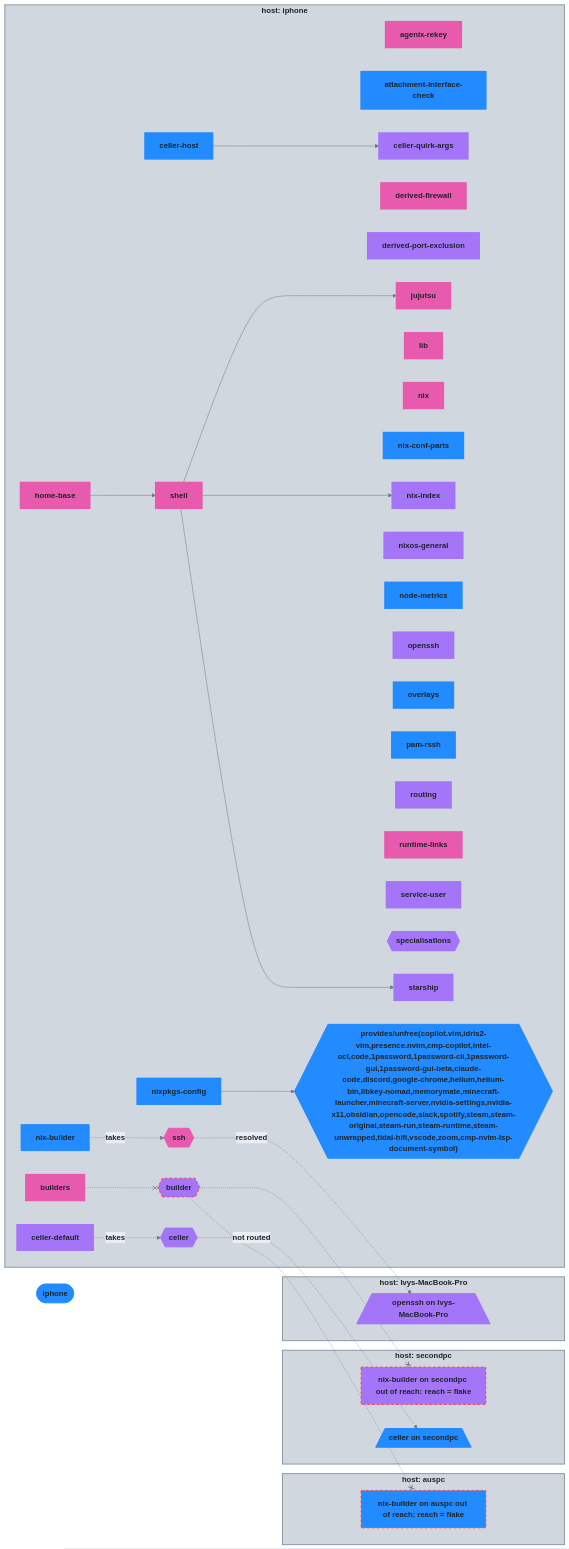
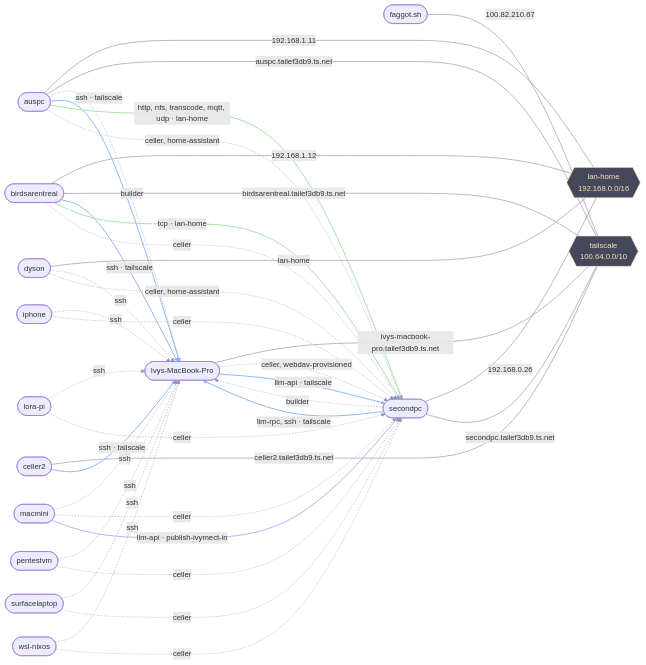
Before and after one commit to auscyber/dotfiles: the first of 13 diagrams in README.md, drawn with Mermaid. The commit also changed other lines of this file and 25 other files, not shown here.

Commit message:
services as den entities; exposure/discoverable; shallow README graphs + network overview

````diff
--- a/README.md
+++ b/README.md
@@ -1803,107 +25,93 @@
 ```mermaid
-%%{init: {"theme":"base","themeVariables":{"activationBkgColor":"#d0d7de","activationBorderColor":"#8c959f","actorBkg":"#d0d7de","actorBorder":"#6e7781","actorLineColor":"#6e7781","actorTextColor":"#424a53","background":"#eaeef2","classText":"#424a53","clusterBkg":"#d0d7de","clusterBorder":"#8c959f","edgeLabelBackground":"#eaeef2","labelBoxBkgColor":"#d0d7de","labelBoxBorderColor":"#6e7781","labelTextColor":"#424a53","lineColor":"#6e7781","loopTextColor":"#424a53","mainBkg":"#d0d7de","nodeBkg":"#d0d7de","nodeBorder":"#6e7781","nodeTextColor":"#424a53","noteBkgColor":"#d0d7de","noteBorderColor":"#8c959f","noteTextColor":"#424a53","pie1":"#fa4549","pie2":"#e16f24","pie3":"#bf8700","pie4":"#2da44e","pie5":"#339D9B","pie6":"#218bff","pie7":"#a475f9","pie8":"#e85aad","pieLegendTextColor":"#424a53","pieOuterStrokeColor":"#8c959f","pieSectionTextColor":"#424a53","pieStrokeColor":"#8c959f","pieTitleTextColor":"#424a53","primaryBorderColor":"#6e7781","primaryColor":"#d0d7de","primaryTextColor":"#424a53","secondBkg":"#d0d7de","secondaryBorderColor":"#8c959f","secondaryColor":"#d0d7de","secondaryTextColor":"#424a53","sequenceNumberColor":"#eaeef2","signalColor":"#6e7781","signalTextColor":"#424a53","tertiaryBorderColor":"#8c959f","tertiaryColor":"#d0d7de","tertiaryTextColor":"#424a53","textColor":"#424a53","titleColor":"#424a53"}}}%%
-graph LR
-  iphone([iphone]):::root
-
-  subgraph ctx_host_iphone["host: iphone"]
-  agenix_rekey["agenix-rekey"]:::agenix_rekey_c
-  attachment_interface_check["attachment-interface-check"]:::attachment_interface_check_c
-  builders["builders"]:::builders_c
-  celler_host["celler-host"]:::celler_host_c
-  celler_quirk_args["celler-quirk-args"]:::celler_quirk_args_c
-  derived_firewall["derived-firewall"]:::derived_firewall_c
-  derived_port_exclusion["derived-port-exclusion"]:::derived_port_exclusion_c
-  home_base["home-base"]:::home_base_c
-  jujutsu["jujutsu"]:::jujutsu_c
-  lib["lib"]:::lib_c
-  nix["nix"]:::nix_c
-  nix_conf_parts["nix-conf-parts"]:::nix_conf_parts_c
-  nix_index["nix-index"]:::nix_index_c
-  nixos_general["nixos-general"]:::nixos_general_c
-  nixpkgs_config["nixpkgs-config"]:::nixpkgs_config_c
-  node_metrics["node-metrics"]:::node_metrics_c
-  openssh["openssh"]:::openssh_c
-  overlays["overlays"]:::overlays_c
-  pam_rssh["pam-rssh"]:::pam_rssh_c
-  routing["routing"]:::routing_c
-  runtime_links["runtime-links"]:::runtime_links_c
-  service_user["service-user"]:::service_user_c
-  shell["shell"]:::shell_c
-  specialisations{{"specialisations"}}:::specialisations_c
-  starship["starship"]:::starship_c
-  den__provides__unfree_copilot_vim_idris2_vim_presence_nvim_cmp_copilot_intel_ocl_code_1password_1password_cli_1password_gui_1password_gui_beta_claude_code_discord_google_chrome_helium_helium_bin_libkey_nomad_memorymate_minecraft_launcher_minecraft_server_nvidia_settings_nvidia_x11_obsidian_opencode_slack_spotify_steam_steam_original_steam_run_steam_runtime_steam_unwrapped_tidal_hifi_vscode_zoom_cmp_nvim_lsp_document_symbol_{{"provides/unfree(copilot.vim,idris2-vim,presence.nvim,cmp-copilot,intel-ocl,code,1password,1password-cli,1password-gui,1password-gui-beta,claude-code,discord,google-chrome,helium,helium-bin,libkey-nomad,memorymate,minecraft-launcher,minecraft-server,nvidia-settings,nvidia-x11,obsidian,opencode,slack,spotify,steam,steam-original,steam-run,steam-runtime,steam-unwrapped,tidal-hifi,vscode,zoom,cmp-nvim-lsp-document-symbol)"}}:::den__provides__unfree_copilot_vim_idris2_vim_presence_nvim_cmp_copilot_intel_ocl_code_1password_1password_cli_1password_gui_1password_gui_beta_claude_code_discord_google_chrome_helium_helium_bin_libkey_nomad_memorymate_minecraft_launcher_minecraft_server_nvidia_settings_nvidia_x11_obsidian_opencode_slack_spotify_steam_steam_original_steam_run_steam_runtime_steam_unwrapped_tidal_hifi_vscode_zoom_cmp_nvim_lsp_document_symbol__c
-  cap_builders_builder{{"builder"}}:::cap_builders_builder_c
-  cap_celler_default_celler{{"celler"}}:::cap_celler_default_celler_c
-  cap_celler_default_celler_t["celler-default"]:::cap_celler_default_celler_t_c
-  cap_nix_builder_ssh{{"ssh"}}:::cap_nix_builder_ssh_c
-  cap_nix_builder_ssh_t["nix-builder"]:::cap_nix_builder_ssh_t_c
-  celler_host --> celler_quirk_args
-  home_base --> shell
-  nixpkgs_config --> den__provides__unfree_copilot_vim_idris2_vim_presence_nvim_cmp_copilot_intel_ocl_code_1password_1password_cli_1password_gui_1password_gui_beta_claude_code_discord_google_chrome_helium_helium_bin_libkey_nomad_memorymate_minecraft_launcher_minecraft_server_nvidia_settings_nvidia_x11_obsidian_opencode_slack_spotify_steam_steam_original_steam_run_steam_runtime_steam_unwrapped_tidal_hifi_vscode_zoom_cmp_nvim_lsp_document_symbol_
-  shell --> jujutsu
-  shell --> nix_index
-  shell --> starship
-  builders -.-x cap_builders_builder
-  cap_celler_default_celler_t -.->|takes| cap_celler_default_celler
-  cap_nix_builder_ssh_t -.->|takes| cap_nix_builder_ssh
-  end
-  subgraph ctx_host_auspc["host: auspc"]
-  cap_builders_builder_ox0["nix-builder on auspc out of reach: reach = flake"]:::cap_builders_builder_ox0_c
-
-  end
-  subgraph ctx_host_secondpc["host: secondpc"]
-  cap_builders_builder_ox1["nix-builder on secondpc out of reach: reach = flake"]:::cap_builders_builder_ox1_c
-  cap_celler_default_celler_g_celler[/"celler on secondpc"\]:::cap_celler_default_celler_g_celler_c
-
-  end
-  subgraph ctx_host_Ivys_MacBook_Pro["host: Ivys-MacBook-Pro"]
-  cap_nix_builder_ssh_g_openssh[/"openssh on Ivys-MacBook-Pro"\]:::cap_nix_builder_ssh_g_openssh_c
-
-  end
-
-  cap_builders_builder -.-x cap_builders_builder_ox0
-  cap_builders_builder -.-x cap_builders_builder_ox1
-  cap_celler_default_celler -.->|not routed| cap_celler_default_celler_g_celler
-  cap_nix_builder_ssh -.->|resolved| cap_nix_builder_ssh_g_openssh
-
-  classDef root fill:#218bff,stroke:#218bff,color:#1f2328,font-weight:bold
-  classDef agenix_rekey_c fill:#e85aad,stroke:#e85aad,color:#1f2328,stroke-width:3px
-  classDef attachment_interface_check_c fill:#218bff,stroke:#218bff,color:#1f2328,stroke-width:3px
-  classDef builders_c fill:#e85aad,stroke:#e85aad,color:#1f2328,stroke-width:3px
-  classDef celler_host_c fill:#218bff,stroke:#218bff,color:#1f2328,stroke-width:3px
-  classDef celler_quirk_args_c fill:#a475f9,stroke:#a475f9,color:#1f2328,stroke-width:3px
-  classDef derived_firewall_c fill:#e85aad,stroke:#e85aad,color:#1f2328,stroke-width:3px
-  classDef derived_port_exclusion_c fill:#a475f9,stroke:#a475f9,color:#1f2328,stroke-width:3px
-  classDef home_base_c fill:#e85aad,stroke:#e85aad,color:#1f2328,stroke-width:3px
-  classDef jujutsu_c fill:#e85aad,stroke:#e85aad,color:#1f2328,stroke-width:3px
-  classDef lib_c fill:#e85aad,stroke:#e85aad,color:#1f2328,stroke-width:3px
-  classDef nix_c fill:#e85aad,stroke:#e85aad,color:#1f2328,stroke-width:3px
-  classDef nix_conf_parts_c fill:#218bff,stroke:#218bff,color:#1f2328,stroke-width:3px
-  classDef nix_index_c fill:#a475f9,stroke:#a475f9,color:#1f2328,stroke-width:3px
-  classDef nixos_general_c fill:#a475f9,stroke:#a475f9,color:#1f2328,stroke-width:3px
-  classDef nixpkgs_config_c fill:#218bff,stroke:#218bff,color:#1f2328,stroke-width:3px
-  classDef node_metrics_c fill:#218bff,stroke:#218bff,color:#1f2328,stroke-width:3px
-  classDef openssh_c fill:#a475f9,stroke:#a475f9,color:#1f2328,stroke-width:3px
-  classDef overlays_c fill:#218bff,stroke:#218bff,color:#1f2328,stroke-width:3px
-  classDef pam_rssh_c fill:#218bff,stroke:#218bff,color:#1f2328,stroke-width:3px
-  classDef routing_c fill:#a475f9,stroke:#a475f9,color:#1f2328,stroke-width:3px
-  classDef runtime_links_c fill:#e85aad,stroke:#e85aad,color:#1f2328,stroke-width:3px
-  classDef service_user_c fill:#a475f9,stroke:#a475f9,color:#1f2328,stroke-width:3px
-  classDef shell_c fill:#e85aad,stroke:#e85aad,color:#1f2328,stroke-width:3px
-  classDef specialisations_c fill:#a475f9,stroke:#a475f9,color:#1f2328,stroke-width:3px
-  classDef starship_c fill:#a475f9,stroke:#a475f9,color:#1f2328,stroke-width:3px
-  classDef den__provides__unfree_copilot_vim_idris2_vim_presence_nvim_cmp_copilot_intel_ocl_code_1password_1password_cli_1password_gui_1password_gui_beta_claude_code_discord_google_chrome_helium_helium_bin_libkey_nomad_memorymate_minecraft_launcher_minecraft_server_nvidia_settings_nvidia_x11_obsidian_opencode_slack_spotify_steam_steam_original_steam_run_steam_runtime_steam_unwrapped_tidal_hifi_vscode_zoom_cmp_nvim_lsp_document_symbol__c fill:#218bff,stroke:#218bff,color:#1f2328,stroke-width:2px
-  classDef cap_builders_builder_c fill:#a475f9,stroke:#fa4549,color:#1f2328,stroke-dasharray: 5 5,stroke-width:2px
-  classDef cap_builders_builder_ox0_c fill:#218bff,stroke:#fa4549,color:#1f2328,stroke-dasharray: 5 5,stroke-width:2px
-  classDef cap_builders_builder_ox1_c fill:#a475f9,stroke:#fa4549,color:#1f2328,stroke-dasharray: 5 5,stroke-width:2px
-  classDef cap_celler_default_celler_c fill:#a475f9,stroke:#a475f9,color:#1f2328,stroke-width:2px
-  classDef cap_celler_default_celler_g_celler_c fill:#218bff,stroke:#218bff,color:#1f2328,stroke-width:2px
-  classDef cap_celler_default_celler_t_c fill:#a475f9,stroke:#a475f9,color:#1f2328,stroke-width:2px
-  classDef cap_nix_builder_ssh_c fill:#e85aad,stroke:#e85aad,color:#1f2328,stroke-width:2px
-  classDef cap_nix_builder_ssh_g_openssh_c fill:#a475f9,stroke:#a475f9,color:#1f2328,stroke-width:2px
-  classDef cap_nix_builder_ssh_t_c fill:#218bff,stroke:#218bff,color:#1f2328,stroke-width:2px
-style ctx_host_iphone fill:#d0d7de,stroke:#8c959f,stroke-width:2px
-style ctx_host_auspc fill:#d0d7de,stroke:#8c959f,stroke-width:2px
-style ctx_host_secondpc fill:#d0d7de,stroke:#8c959f,stroke-width:2px
-style ctx_host_Ivys_MacBook_Pro fill:#d0d7de,stroke:#8c959f,stroke-width:2px
+flowchart LR
+classDef seg fill:#45475a,stroke:#f9e2af,color:#f9e2af
+  m_Ivys_MacBook_Pro(["Ivys-MacBook-Pro"])
+  m_auspc(["auspc"])
+  m_birdsarentreal(["birdsarentreal"])
+  m_celler2(["celler2"])
+  m_dyson(["dyson"])
+  m_faggot_sh(["faggot.sh"])
+  m_iphone(["iphone"])
+  m_lora_pi(["lora-pi"])
+  m_macmini(["macmini"])
+  m_pentestvm(["pentestvm"])
+  m_secondpc(["secondpc"])
+  m_surfacelaptop(["surfacelaptop"])
+  m_wsl_nixos(["wsl-nixos"])
+  seg_tailscale{{"tailscale<br/>100.64.0.0/10"}}:::seg
+  seg_lan_home{{"lan-home<br/>192.168.0.0/16"}}:::seg
+m_Ivys_MacBook_Pro ---|"ivys-macbook-pro.tailef3db9.ts.net"| seg_tailscale
+m_auspc ---|"192.168.1.11"| seg_lan_home
+m_auspc ---|"auspc.tailef3db9.ts.net"| seg_tailscale
+m_birdsarentreal ---|"192.168.1.12"| seg_lan_home
+m_birdsarentreal ---|"birdsarentreal.tailef3db9.ts.net"| seg_tailscale
+m_celler2 ---|"celler2.tailef3db9.ts.net"| seg_tailscale
+m_dyson ---|"lan-home"| seg_lan_home
+m_faggot_sh ---|"100.82.210.67"| seg_tailscale
+m_secondpc ---|"192.168.0.26"| seg_lan_home
+m_secondpc ---|"secondpc.tailef3db9.ts.net"| seg_tailscale
+m_Ivys_MacBook_Pro -->|"celler, webdav-provisioned"| m_secondpc
+m_Ivys_MacBook_Pro -->|"llm-api · tailscale"| m_secondpc
+m_auspc -->|"builder"| m_Ivys_MacBook_Pro
+m_auspc -->|"ssh · tailscale"| m_Ivys_MacBook_Pro
+m_auspc -->|"http, nfs, transcode, mqtt, udp · lan-home"| m_secondpc
+m_auspc -->|"celler, home-assistant"| m_secondpc
+m_birdsarentreal -->|"ssh · tailscale"| m_Ivys_MacBook_Pro
+m_birdsarentreal -->|"tcp · lan-home"| m_secondpc
+m_birdsarentreal -->|"celler"| m_secondpc
+m_celler2 -->|"ssh · tailscale"| m_Ivys_MacBook_Pro
+m_dyson -->|"ssh"| m_Ivys_MacBook_Pro
+m_dyson -->|"celler, home-assistant"| m_secondpc
+m_iphone -->|"ssh"| m_Ivys_MacBook_Pro
+m_iphone -->|"celler"| m_secondpc
+m_lora_pi -->|"ssh"| m_Ivys_MacBook_Pro
+m_lora_pi -->|"celler"| m_secondpc
+m_macmini -->|"ssh"| m_Ivys_MacBook_Pro
+m_macmini -->|"celler"| m_secondpc
+m_macmini -->|"llm-api · publish-ivymect-in"| m_secondpc
+m_pentestvm -->|"ssh"| m_Ivys_MacBook_Pro
+m_pentestvm -->|"celler"| m_secondpc
+m_secondpc -->|"builder"| m_Ivys_MacBook_Pro
+m_secondpc -->|"llm-rpc, ssh · tailscale"| m_Ivys_MacBook_Pro
+m_surfacelaptop -->|"ssh"| m_Ivys_MacBook_Pro
+m_surfacelaptop -->|"celler"| m_secondpc
+m_wsl_nixos -->|"ssh"| m_Ivys_MacBook_Pro
+m_wsl_nixos -->|"celler"| m_secondpc
+linkStyle 0 stroke:#6c7086,stroke-width:1px
+linkStyle 1 stroke:#6c7086,stroke-width:1px
+linkStyle 2 stroke:#6c7086,stroke-width:1px
+linkStyle 3 stroke:#6c7086,stroke-width:1px
+linkStyle 4 stroke:#6c7086,stroke-width:1px
+linkStyle 5 stroke:#6c7086,stroke-width:1px
+linkStyle 6 stroke:#6c7086,stroke-width:1px
+linkStyle 7 stroke:#6c7086,stroke-width:1px
+linkStyle 8 stroke:#6c7086,stroke-width:1px
+linkStyle 9 stroke:#6c7086,stroke-width:1px
+linkStyle 10 stroke:#9399b2,stroke-width:1px,stroke-dasharray:3 3
+linkStyle 11 stroke:#89b4fa,stroke-width:2px
+linkStyle 12 stroke:#9399b2,stroke-width:1px,stroke-dasharray:3 3
+linkStyle 13 stroke:#89b4fa,stroke-width:2px
+linkStyle 14 stroke:#a6e3a1,stroke-width:2px
+linkStyle 15 stroke:#9399b2,stroke-width:1px,stroke-dasharray:3 3
+linkStyle 16 stroke:#89b4fa,stroke-width:2px
+linkStyle 17 stroke:#a6e3a1,stroke-width:2px
+linkStyle 18 stroke:#9399b2,stroke-width:1px,stroke-dasharray:3 3
+linkStyle 19 stroke:#89b4fa,stroke-width:2px
+linkStyle 20 stroke:#9399b2,stroke-width:1px,stroke-dasharray:3 3
+linkStyle 21 stroke:#9399b2,stroke-width:1px,stroke-dasharray:3 3
+linkStyle 22 stroke:#9399b2,stroke-width:1px,stroke-dasharray:3 3
+linkStyle 23 stroke:#9399b2,stroke-width:1px,stroke-dasharray:3 3
+linkStyle 24 stroke:#9399b2,stroke-width:1px,stroke-dasharray:3 3
+linkStyle 25 stroke:#9399b2,stroke-width:1px,stroke-dasharray:3 3
+linkStyle 26 stroke:#9399b2,stroke-width:1px,stroke-dasharray:3 3
+linkStyle 27 stroke:#9399b2,stroke-width:1px,stroke-dasharray:3 3
+linkStyle 28 stroke:#cba6f7,stroke-width:2px
+linkStyle 29 stroke:#9399b2,stroke-width:1px,stroke-dasharray:3 3
+linkStyle 30 stroke:#9399b2,stroke-width:1px,stroke-dasharray:3 3
+linkStyle 31 stroke:#9399b2,stroke-width:1px,stroke-dasharray:3 3
+linkStyle 32 stroke:#89b4fa,stroke-width:2px
+linkStyle 33 stroke:#9399b2,stroke-width:1px,stroke-dasharray:3 3
+linkStyle 34 stroke:#9399b2,stroke-width:1px,stroke-dasharray:3 3
+linkStyle 35 stroke:#9399b2,stroke-width:1px,stroke-dasharray:3 3
+linkStyle 36 stroke:#9399b2,stroke-width:1px,stroke-dasharray:3 3
 ```
````
